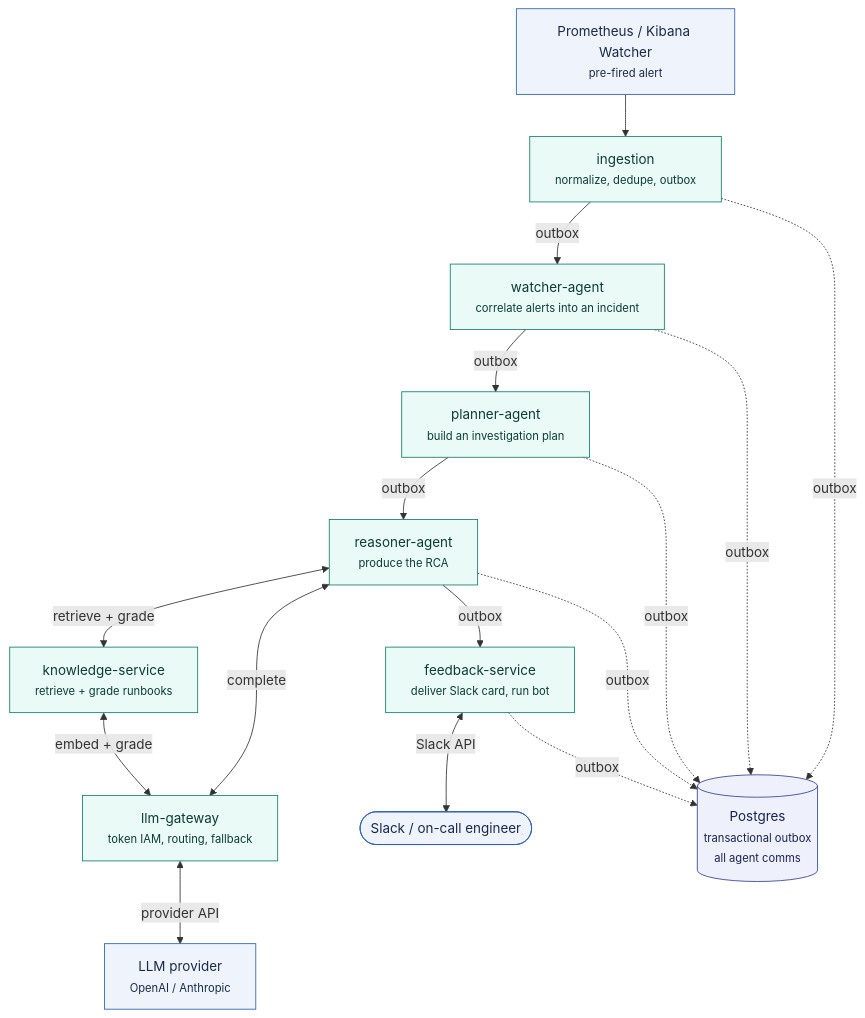
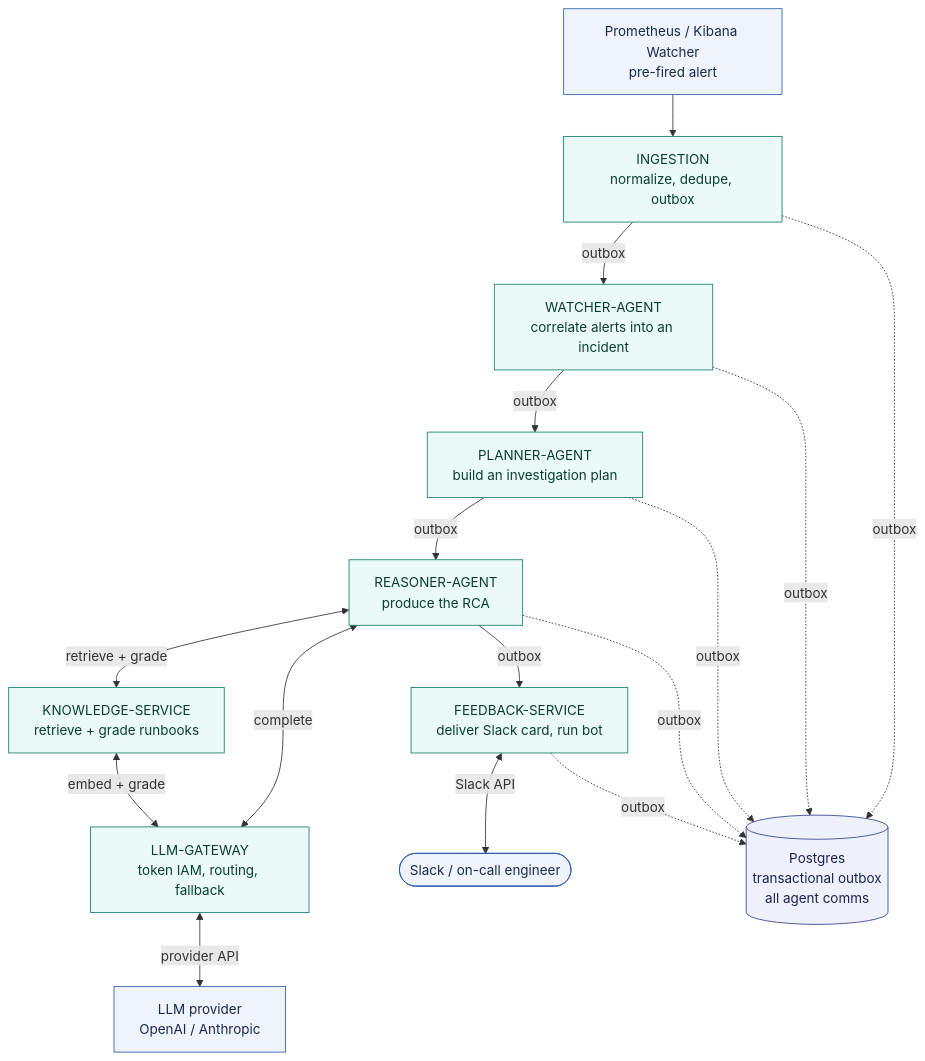
One commit to k-kohli10/radar-system changed the diagram in README.md. Above: the diagram before and after it, drawn with Mermaid. The commit also changed 4 other files, not shown here.

Commit message:
docs(diagrams): uppercase service names and drop <small> tags

````diff
--- a/README.md
+++ b/README.md
@@ -89,39 +89,39 @@
 ```mermaid
 flowchart TB
-    P["Prometheus / Kibana Watcher<br/><small>pre-fired alert</small>"]
-    I["ingestion<br/><small>normalize, dedupe, outbox</small>"]
-    W["watcher-agent<br/><small>correlate alerts into an incident</small>"]
-    PL["planner-agent<br/><small>build an investigation plan</small>"]
-    R["reasoner-agent<br/><small>produce the RCA</small>"]
-    K["knowledge-service<br/><small>retrieve + grade runbooks</small>"]
-    G["llm-gateway<br/><small>token IAM, routing, fallback</small>"]
-    LLM["LLM provider<br/><small>OpenAI / Anthropic</small>"]
-    F["feedback-service<br/><small>deliver Slack card, run bot</small>"]
+    P["Prometheus / Kibana Watcher<br/>pre-fired alert"]
+    I["INGESTION<br/>normalize, dedupe, outbox"]
+    W["WATCHER-AGENT<br/>correlate alerts into an incident"]
+    PL["PLANNER-AGENT<br/>build an investigation plan"]
+    R["REASONER-AGENT<br/>produce the RCA"]
+    K["KNOWLEDGE-SERVICE<br/>retrieve + grade runbooks"]
+    G["LLM-GATEWAY<br/>token IAM, routing, fallback"]
+    LLM["LLM provider<br/>OpenAI / Anthropic"]
+    F["FEEDBACK-SERVICE<br/>deliver Slack card, run bot"]
     S(["Slack / on-call engineer"])
-    DB[("Postgres<br/><small>transactional outbox<br/>all agent comms</small>")]
+    DB[("Postgres<br/>transactional outbox<br/>all agent comms")]
 
     P --> I
     I -- outbox --> W
     W -- outbox --> PL
     PL -- outbox --> R
     R <-- retrieve + grade --> K
     R <-- complete --> G
     K <-- embed + grade --> G
     G <-- provider API --> LLM
     R -- outbox --> F
     F <-- Slack API --> S
 
     I -. outbox .-> DB
     W -. outbox .-> DB
     PL -. outbox .-> DB
     R -. outbox .-> DB
     F -. outbox .-> DB
 
     classDef external fill:#eef3fc,stroke:#2f5fa8,color:#1a2b4a;
     classDef agent fill:#eafaf6,stroke:#127d69,color:#0b3d33;
     classDef store fill:#eef1fb,stroke:#33418f,color:#1a2350;
 
     class P,LLM,S external
     class I,W,PL,R,K,G,F agent
     class DB store
 ```
````
